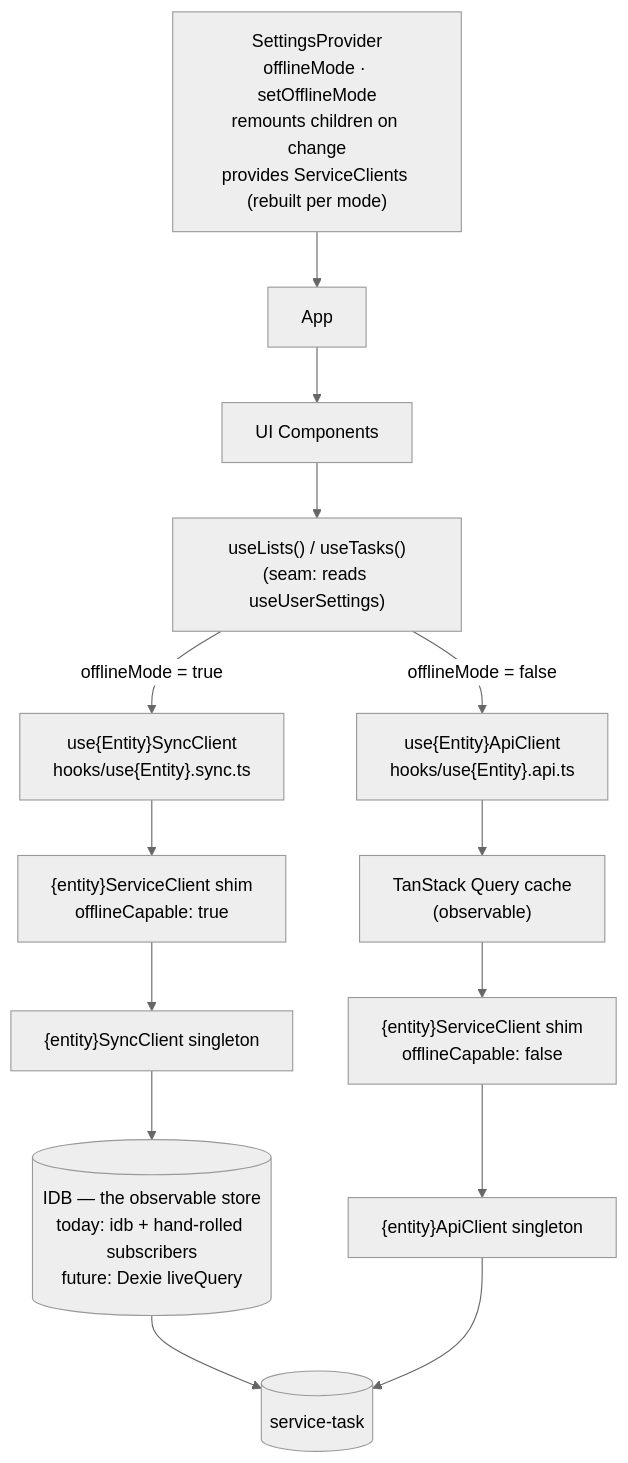
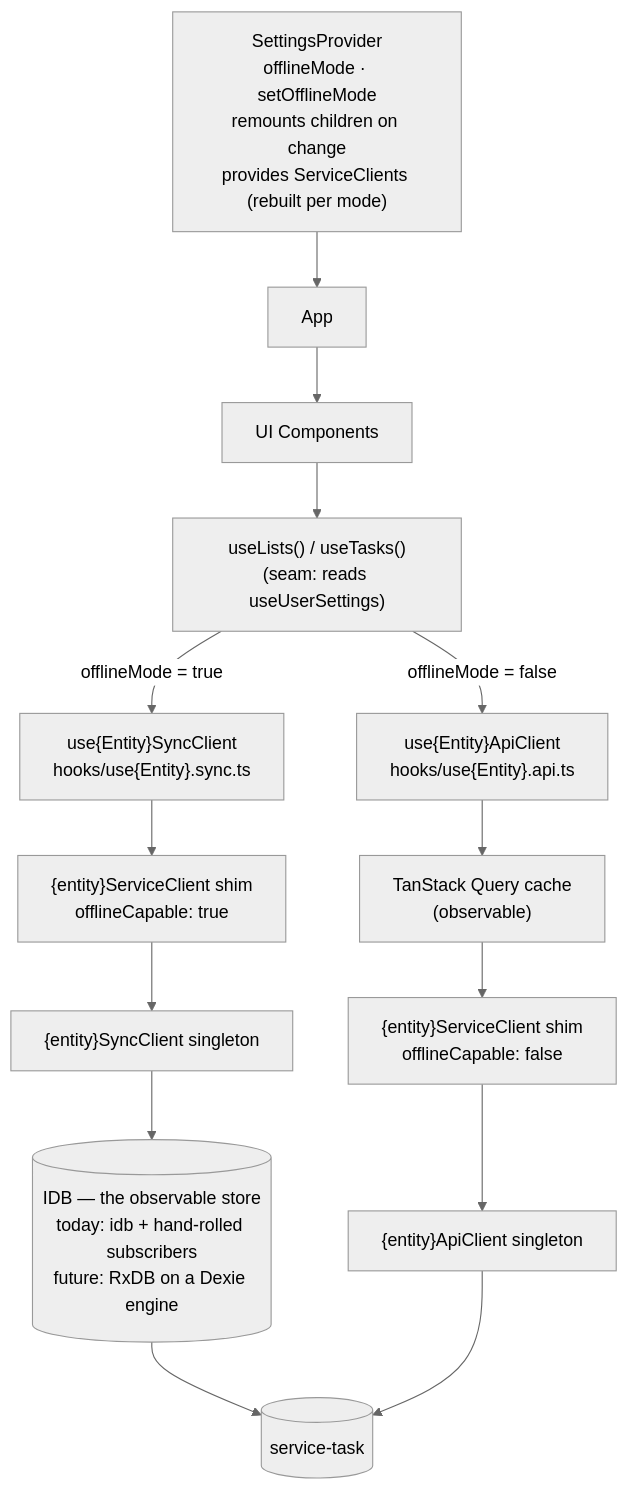
Before and after one commit to jonpham/PSYKL-System: the diagram in docs/initiatives/online-offline-modes/DESIGN.md, drawn with Mermaid (neutral theme). The commit also changed other lines of this file and 1 other file, not shown here.

Commit message:
docs(initiative): online-offline-modes use RxDB on a Dexie engine for Spec 5

````diff
--- a/docs/initiatives/online-offline-modes/DESIGN.md
+++ b/docs/initiatives/online-offline-modes/DESIGN.md
@@ -43,13 +44,13 @@
 ```mermaid
 flowchart TD
   SP["SettingsProvider<br/>offlineMode · setOfflineMode<br/>remounts children on change<br/>provides ServiceClients (rebuilt per mode)"] --> App
   App --> C["UI Components"]
   C --> UL["useLists() / useTasks()<br/>(seam: reads useUserSettings)"]
   UL -- "offlineMode = true" --> SC["use{Entity}SyncClient<br/>hooks/use{Entity}.sync.ts"]
   UL -- "offlineMode = false" --> AC["use{Entity}ApiClient<br/>hooks/use{Entity}.api.ts"]
   SC --> SSC["{entity}ServiceClient shim<br/>offlineCapable: true"]
   AC --> TQ["TanStack Query cache<br/>(observable)"]
   TQ --> DSC["{entity}ServiceClient shim<br/>offlineCapable: false"]
-  SSC --> SYNCC["{entity}SyncClient singleton"] --> IDB[("IDB — the observable store<br/>today: idb + hand-rolled subscribers<br/>future: Dexie liveQuery")] --> API[(service-task)]
+  SSC --> SYNCC["{entity}SyncClient singleton"] --> IDB[("IDB — the observable store<br/>today: idb + hand-rolled subscribers<br/>future: RxDB on a Dexie engine")] --> API[(service-task)]
   DSC --> APIC["{entity}ApiClient singleton"] --> API
 ```
````
